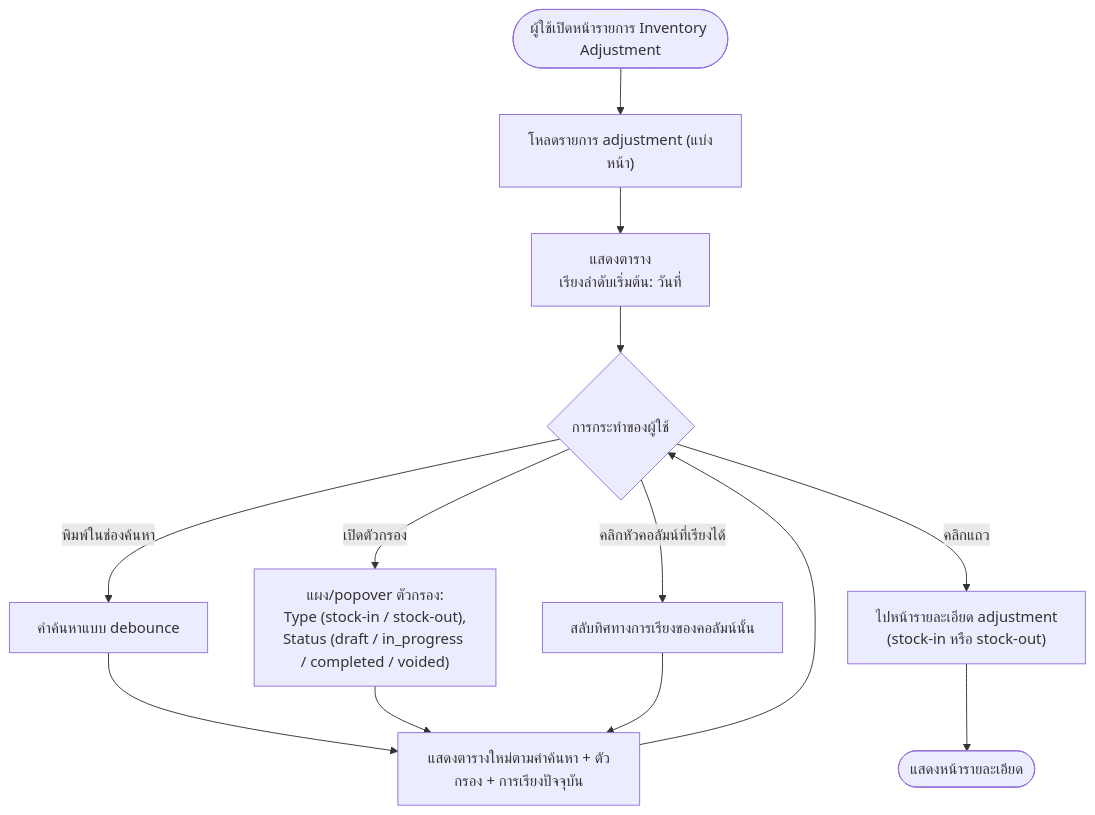
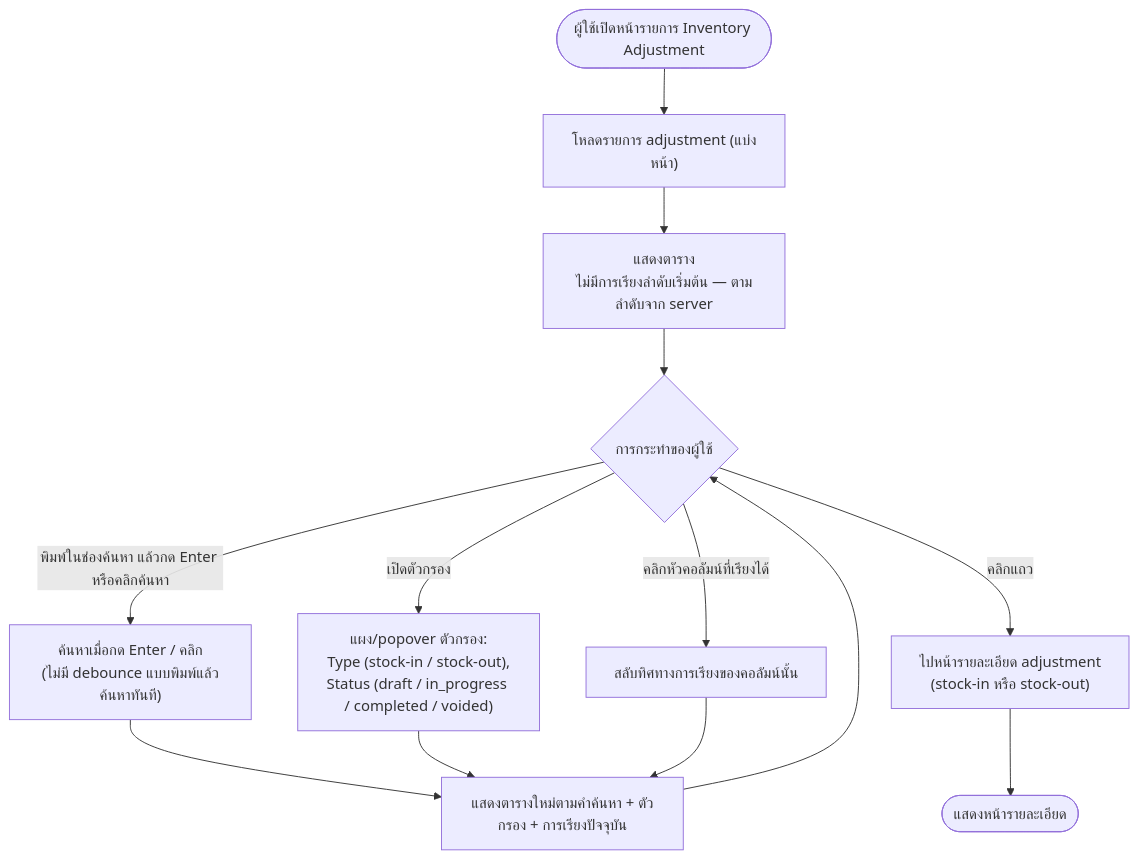
Before and after one commit to CarmenSoftware-organization/carmen-wiki: the second of 2 diagrams in th/inventory/inventory-adjustment/03-user-flow.md, drawn with Mermaid. The commit also changed other lines of this file and 3 other files, not shown here.

````diff
--- a/th/inventory/inventory-adjustment/03-user-flow.md
+++ b/th/inventory/inventory-adjustment/03-user-flow.md
@@ -64,15 +64,15 @@
 ```mermaid
 flowchart TD
     Start(["ผู้ใช้เปิดหน้ารายการ Inventory Adjustment"]) --> Load["โหลดรายการ adjustment (แบ่งหน้า)"]
-    Load --> Table["แสดงตาราง<br/>เรียงลำดับเริ่มต้น: วันที่"]
+    Load --> Table["แสดงตาราง<br/>ไม่มีการเรียงลำดับเริ่มต้น — ตามลำดับจาก server"]
     Table --> Action{"การกระทำของผู้ใช้"}
-    Action -->|"พิมพ์ในช่องค้นหา"| Search["คำค้นหาแบบ debounce"]
+    Action -->|"พิมพ์ในช่องค้นหา แล้วกด Enter หรือคลิกค้นหา"| Search["ค้นหาเมื่อกด Enter / คลิก<br/>(ไม่มี debounce แบบพิมพ์แล้วค้นหาทันที)"]
     Action -->|"เปิดตัวกรอง"| FilterMenu["แผง/popover ตัวกรอง:<br/>Type (stock-in / stock-out),<br/>Status (draft / in_progress / completed / voided)"]
     Action -->|"คลิกหัวคอลัมน์ที่เรียงได้"| Sort["สลับทิศทางการเรียงของคอลัมน์นั้น"]
     Action -->|"คลิกแถว"| Detail["ไปหน้ารายละเอียด adjustment<br/>(stock-in หรือ stock-out)"]
     Search --> Update["แสดงตารางใหม่ตามคำค้นหา + ตัวกรอง + การเรียงปัจจุบัน"]
     FilterMenu --> Update
     Sort --> Update
     Update --> Action
     Detail --> End(["แสดงหน้ารายละเอียด"])
 ```
````
